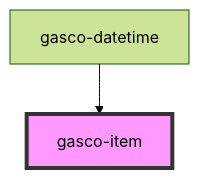
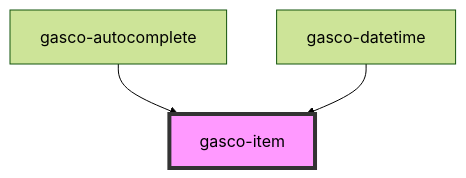
Before and after one commit to lac617a/gasco-core: the diagram in core/src/components/gasco-item/readme.md, drawn with Mermaid (forest theme). The commit also changed other lines of this file and 67 other files, not shown here.

````diff
--- a/core/src/components/gasco-item/readme.md
+++ b/core/src/components/gasco-item/readme.md
@@ -98,5 +99,6 @@
 ```mermaid
 graph TD;
+  gasco-autocomplete --> gasco-item
   gasco-datetime --> gasco-item
   style gasco-item fill:#f9f,stroke:#333,stroke-width:4px
 ```
````
